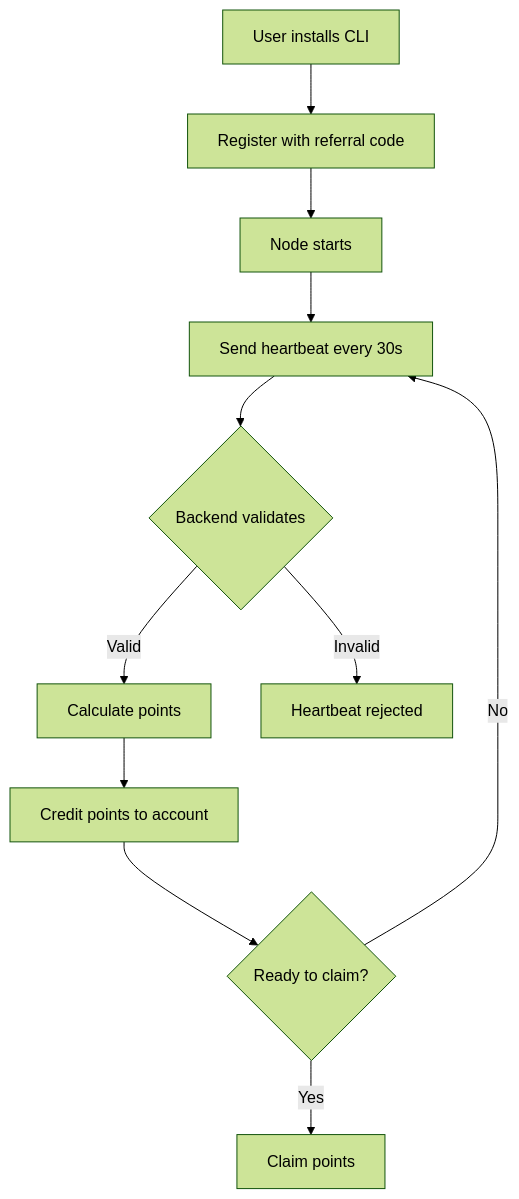
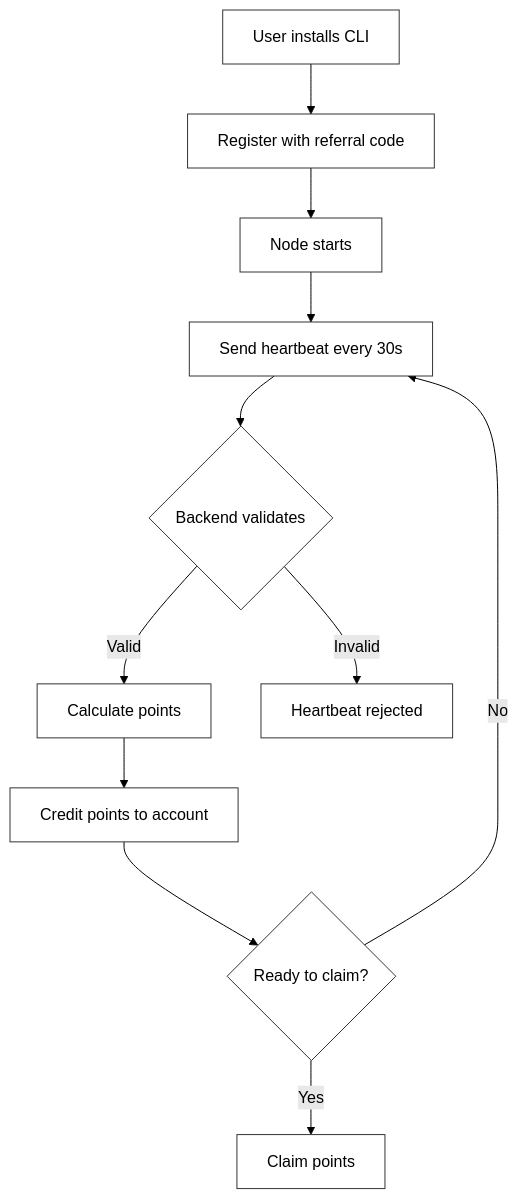
The second of 2 diagrams in how-it-works.md (Nexora-Node/Docs), drawn with Mermaid (forest theme) before and after one commit. The commit also changed other lines of this file and 5 other files, not shown here.

Commit message:
docs: set all diagram nodes to white fill with border only

````diff
--- a/how-it-works.md
+++ b/how-it-works.md
@@ -26,13 +35,24 @@
 ```mermaid
 flowchart TD
     A[User installs CLI] --> B[Register with referral code]
     B --> C[Node starts]
     C --> D[Send heartbeat every 30s]
     D --> E{Backend validates}
     E -->|Valid| F[Calculate points]
     E -->|Invalid| G[Heartbeat rejected]
     F --> H[Credit points to account]
     H --> I{Ready to claim?}
     I -->|Yes| J[Claim points]
     I -->|No| D
+
+    style A fill:#fff,stroke:#333,color:#000
+    style B fill:#fff,stroke:#333,color:#000
+    style C fill:#fff,stroke:#333,color:#000
+    style D fill:#fff,stroke:#333,color:#000
+    style E fill:#fff,stroke:#333,color:#000
+    style F fill:#fff,stroke:#333,color:#000
+    style G fill:#fff,stroke:#333,color:#000
+    style H fill:#fff,stroke:#333,color:#000
+    style I fill:#fff,stroke:#333,color:#000
+    style J fill:#fff,stroke:#333,color:#000
 ```
````
